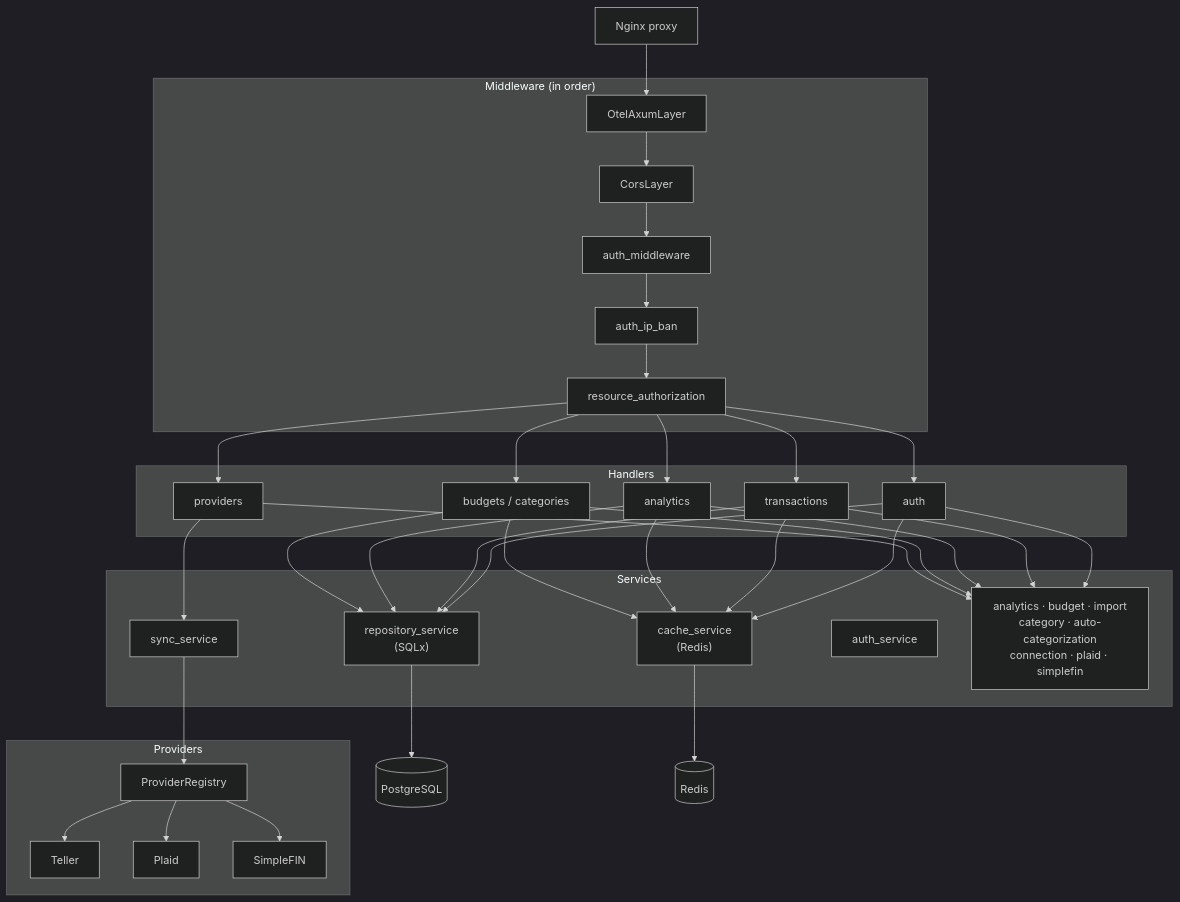
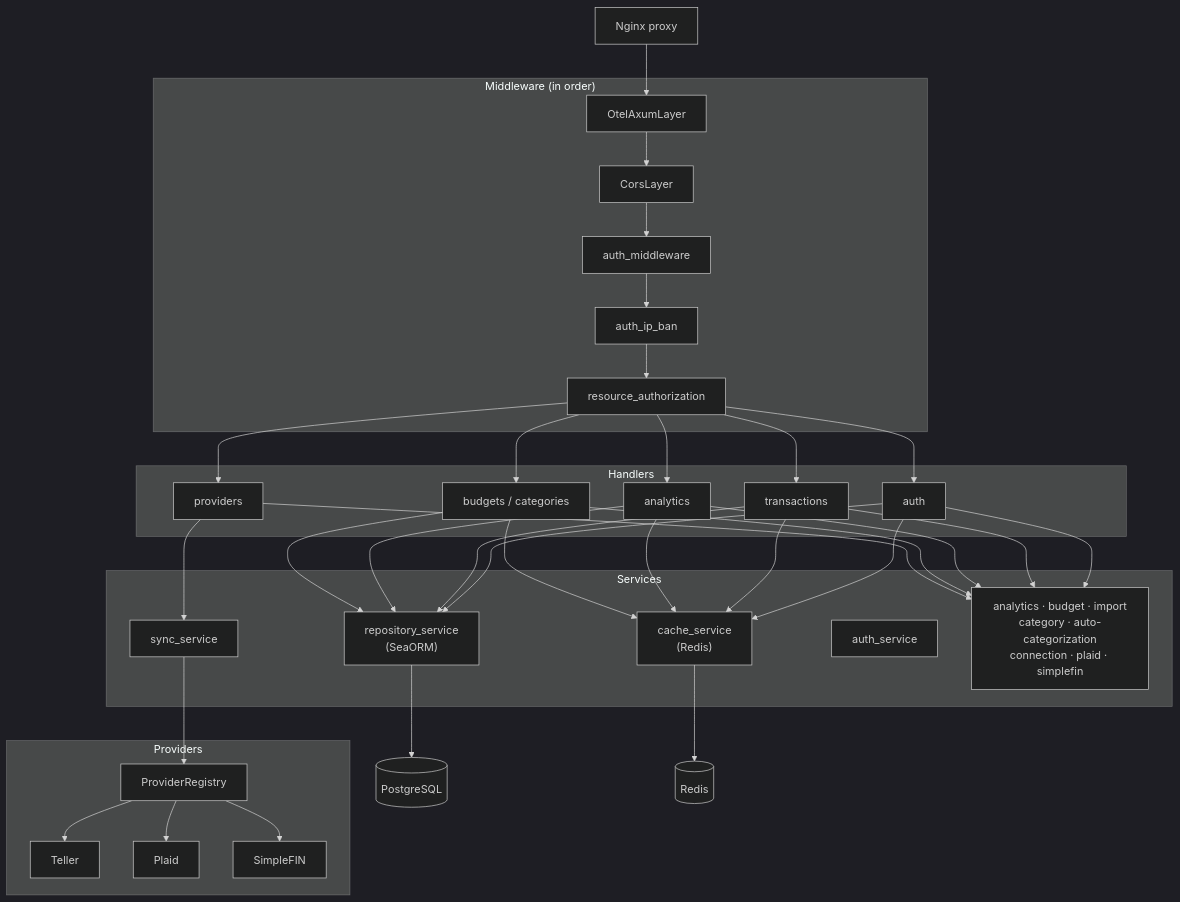
Before and after one commit to TwoBitFoundry/sumurai: the fifth of 7 diagrams in docs/ARCHITECTURE.md, drawn with Mermaid (dark theme). The commit also changed other lines of this file and 103 other files, not shown here.

Commit message:
feat!: replace SQLx with SeaORM (#142)

````diff
--- a/docs/ARCHITECTURE.md
+++ b/docs/ARCHITECTURE.md
@@ -155,44 +155,44 @@
 ```mermaid
 flowchart TD
     Nginx["Nginx proxy"]
 
     subgraph Middleware["Middleware (in order)"]
         MW1["OtelAxumLayer"]
         MW2["CorsLayer"]
         MW3["auth_middleware"]
         MW4["auth_ip_ban"]
         MW5["resource_authorization"]
     end
 
     subgraph Handlers
         H1["auth"]
         H2["transactions"]
         H3["providers"]
         H4["analytics"]
         H5["budgets / categories"]
     end
 
     subgraph Services
-        RepoSvc["repository_service\n(SQLx)"]
+        RepoSvc["repository_service\n(SeaORM)"]
         CacheSvc["cache_service\n(Redis)"]
         SyncSvc["sync_service"]
         AuthSvc["auth_service"]
         OtherSvcs["analytics · budget · import\ncategory · auto-categorization\nconnection · plaid · simplefin"]
     end
 
     subgraph Providers
         Registry["ProviderRegistry"]
         P1["Teller"]
         P2["Plaid"]
         P3["SimpleFIN"]
     end
 
     Nginx --> MW1 --> MW2 --> MW3 --> MW4 --> MW5
     MW5 --> H1 & H2 & H3 & H4 & H5
 
     H1 & H2 & H4 & H5 --> RepoSvc & CacheSvc & OtherSvcs
     H3 --> SyncSvc & OtherSvcs
     SyncSvc --> Registry --> P1 & P2 & P3
     RepoSvc --> Postgres[("PostgreSQL")]
     CacheSvc --> Redis[("Redis")]
 ```
````
